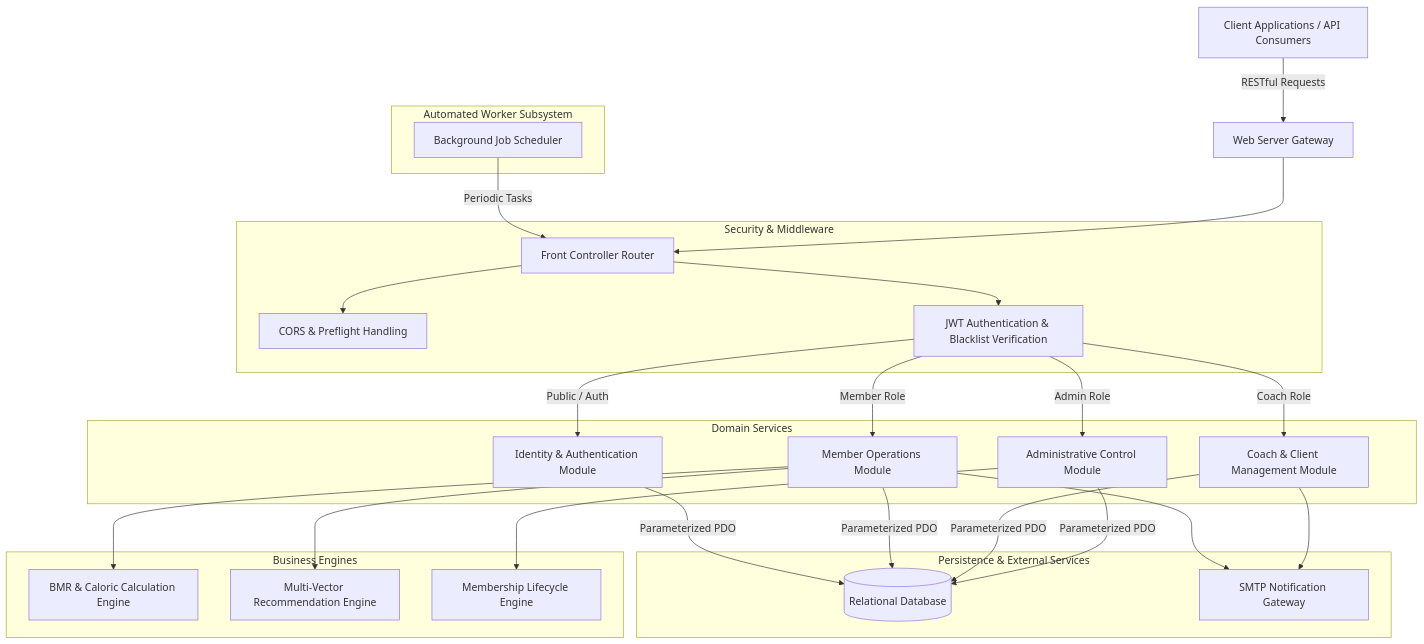
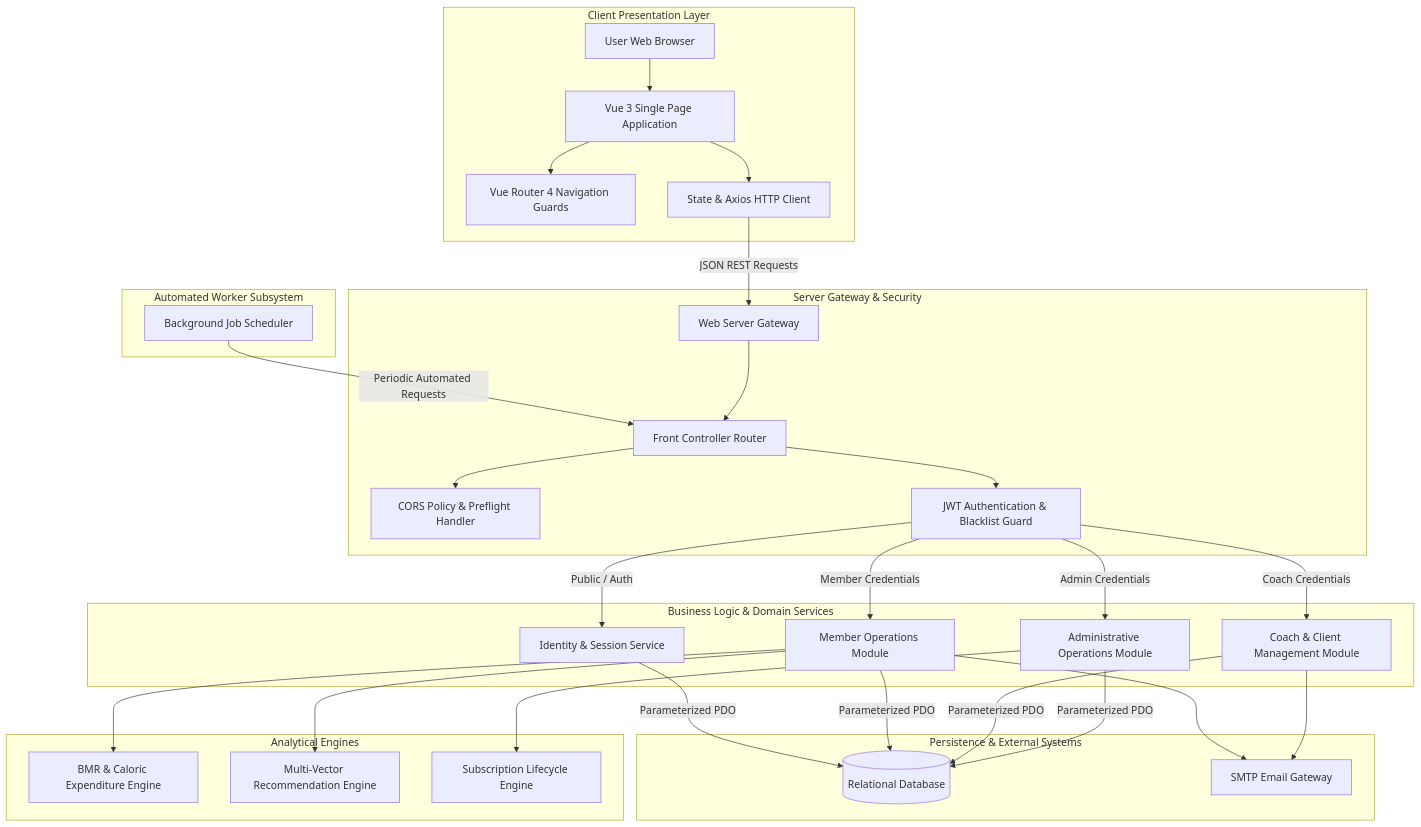
Before and after one commit to SioPauwiii/Olympus-Gym-Management-System: the first of 3 diagrams in README.md, drawn with Mermaid. The commit also changed other lines of this file, not shown here.

````diff
--- a/README.md
+++ b/README.md
@@ -40,32 +44,37 @@
 ```mermaid
 graph TD
-    Client[Client Applications / API Consumers] -->|RESTful Requests| Gateway[Web Server Gateway]
-    Gateway --> FrontController[Front Controller Router]
-
-    subgraph Security & Middleware
-        FrontController --> CORSPolicy[CORS & Preflight Handling]
-        FrontController --> TokenAuth[JWT Authentication & Blacklist Verification]
+    subgraph Client Presentation Layer
+        UserBrowser[User Web Browser] --> VueApp[Vue 3 Single Page Application]
+        VueApp --> VueRouter[Vue Router 4 Navigation Guards]
+        VueApp --> StateManager[State & Axios HTTP Client]
     end
 
-    subgraph Domain Services
-        TokenAuth -->|Admin Role| AdminService[Administrative Control Module]
-        TokenAuth -->|Coach Role| CoachService[Coach & Client Management Module]
-        TokenAuth -->|Member Role| MemberService[Member Operations Module]
-        TokenAuth -->|Public / Auth| AuthService[Identity & Authentication Module]
+    subgraph Server Gateway & Security
+        StateManager -->|JSON REST Requests| Gateway[Web Server Gateway]
+        Gateway --> FrontController[Front Controller Router]
+        FrontController --> CORSMiddleware[CORS Policy & Preflight Handler]
+        FrontController --> SecurityGuard[JWT Authentication & Blacklist Guard]
     end
 
-    subgraph Business Engines
-        MemberService --> NutritionEngine[BMR & Caloric Calculation Engine]
-        MemberService --> MatchingEngine[Multi-Vector Recommendation Engine]
-        AdminService --> SubscriptionEngine[Membership Lifecycle Engine]
+    subgraph Business Logic & Domain Services
+        SecurityGuard -->|Admin Credentials| AdminModule[Administrative Operations Module]
+        SecurityGuard -->|Coach Credentials| CoachModule[Coach & Client Management Module]
+        SecurityGuard -->|Member Credentials| MemberModule[Member Operations Module]
+        SecurityGuard -->|Public / Auth| AuthModule[Identity & Session Service]
     end
 
-    subgraph Persistence & External Services
-        AdminService & CoachService & MemberService & AuthService -->|Parameterized PDO| DataStore[(Relational Database)]
-        CoachService & MemberService --> EmailGateway[SMTP Notification Gateway]
+    subgraph Analytical Engines
+        MemberModule --> BMRCalculator[BMR & Caloric Expenditure Engine]
+        MemberModule --> PlanMatcher[Multi-Vector Recommendation Engine]
+        AdminModule --> SubscriptionEngine[Subscription Lifecycle Engine]
+    end
+
+    subgraph Persistence & External Systems
+        AdminModule & CoachModule & MemberModule & AuthModule -->|Parameterized PDO| RelationalDB[(Relational Database)]
+        CoachModule & MemberModule --> SMTPGateway[SMTP Email Gateway]
     end
 
     subgraph Automated Worker Subsystem
-        Scheduler[Background Job Scheduler] -->|Periodic Tasks| FrontController
+        BackgroundWorker[Background Job Scheduler] -->|Periodic Automated Requests| FrontController
     end
 ```
````
